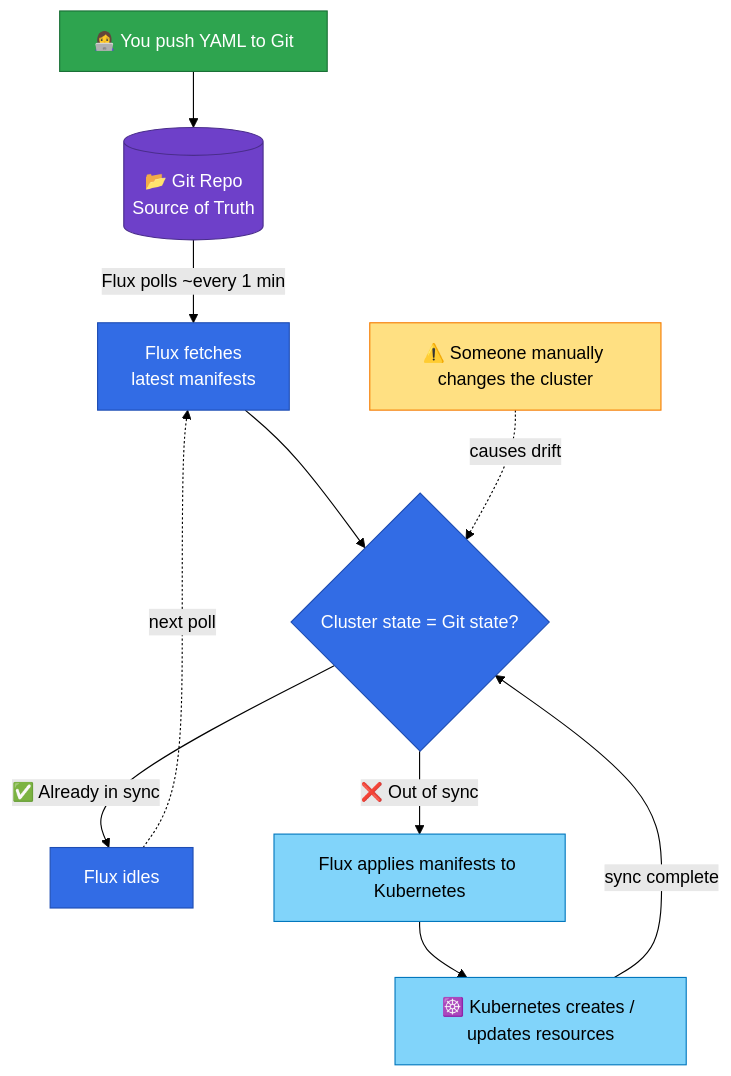
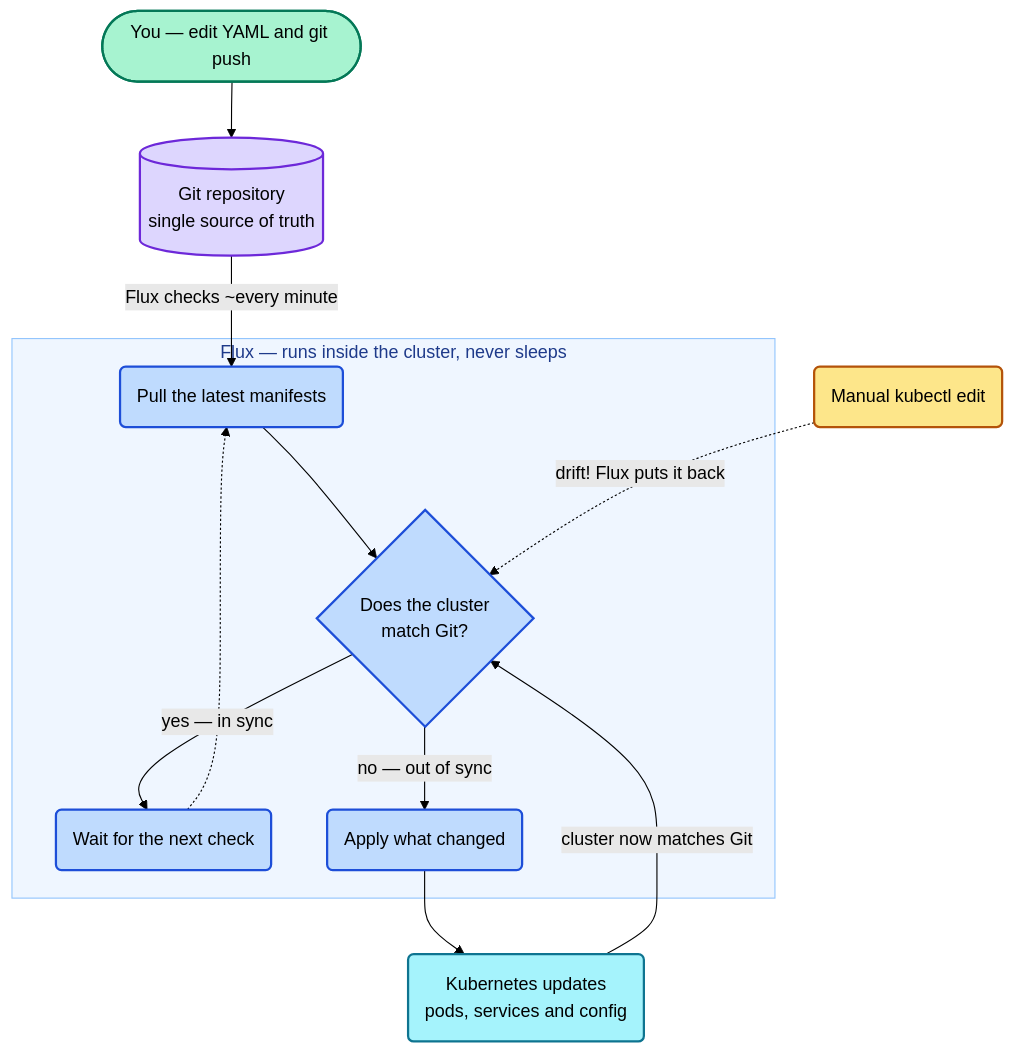
One commit to chr1sd/home-ops changed the diagram in README.md. Above: the diagram before and after it, drawn with Mermaid (forest theme).

Commit message:
chore: update flux chart

````diff
--- a/README.md
+++ b/README.md
@@ -90,26 +90,32 @@
 ```mermaid
 flowchart TD
-    Dev["👩‍💻 You push YAML to Git"] --> Git[("📂 Git Repo
-    Source of Truth")]
-    Git -->|"Flux polls ~every 1 min"| Fetch["Flux fetches
-    latest manifests"]
-    Fetch --> Diff{"Cluster state = Git state?"}
-    Diff -->|"✅ Already in sync"| Idle["Flux idles"]
-    Idle -.->|"next poll"| Fetch
-    Diff -->|"❌ Out of sync"| Apply["Flux applies manifests to Kubernetes"]
-    Apply --> Cluster["☸️ Kubernetes creates / updates resources"]
-    Cluster -->|"sync complete"| Diff
-    Drift["⚠️ Someone manually changes the cluster"] -.->|"causes drift"| Diff
+    %% MEANING: the GitOps loop — Git is the source of truth, Flux reconciles the cluster to match it
 
-    classDef gitNode fill:#6e40c9,stroke:#4a2d8c,color:#fff
-    classDef fluxNode fill:#326ce5,stroke:#1e4db3,color:#fff
-    classDef k8sNode fill:#81D4FA,stroke:#0277BD,color:#000
-    classDef devNode fill:#2ea44f,stroke:#1a7036,color:#fff
-    classDef driftNode fill:#FFE082,stroke:#F57C00,color:#000
+    Dev(["You — edit YAML and git push"]) --> Git[("Git repository<br/>single source of truth")]
 
-    class Git gitNode
-    class Fetch,Diff,Idle fluxNode
-    class Apply,Cluster k8sNode
-    class Dev devNode
-    class Drift driftNode
+    subgraph FluxLoop["Flux — runs inside the cluster, never sleeps"]
+        Pull("Pull the latest manifests") --> Diff{"Does the cluster<br/>match Git?"}
+        Diff -->|"yes — in sync"| Wait("Wait for the next check")
+        Wait -.-> Pull
+        Diff -->|"no — out of sync"| Apply("Apply what changed")
+    end
+
+    Git -->|"Flux checks ~every minute"| Pull
+    Apply --> K8s("Kubernetes updates<br/>pods, services and config")
+    K8s -->|"cluster now matches Git"| Diff
+    Drift("Manual kubectl edit") -.->|"drift! Flux puts it back"| Diff
+
+    classDef human fill:#A7F3D0,stroke:#047857,stroke-width:2px,color:#000
+    classDef git fill:#DDD6FE,stroke:#6D28D9,stroke-width:2px,color:#000
+    classDef flux fill:#BFDBFE,stroke:#1D4ED8,stroke-width:2px,color:#000
+    classDef k8s fill:#A5F3FC,stroke:#0E7490,stroke-width:2px,color:#000
+    classDef warn fill:#FDE68A,stroke:#B45309,stroke-width:2px,color:#000
+
+    class Dev human
+    class Git git
+    class Pull,Diff,Wait,Apply flux
+    class K8s k8s
+    class Drift warn
+
+    style FluxLoop fill:#EFF6FF,stroke:#93C5FD,color:#1E3A8A
 ```
````
